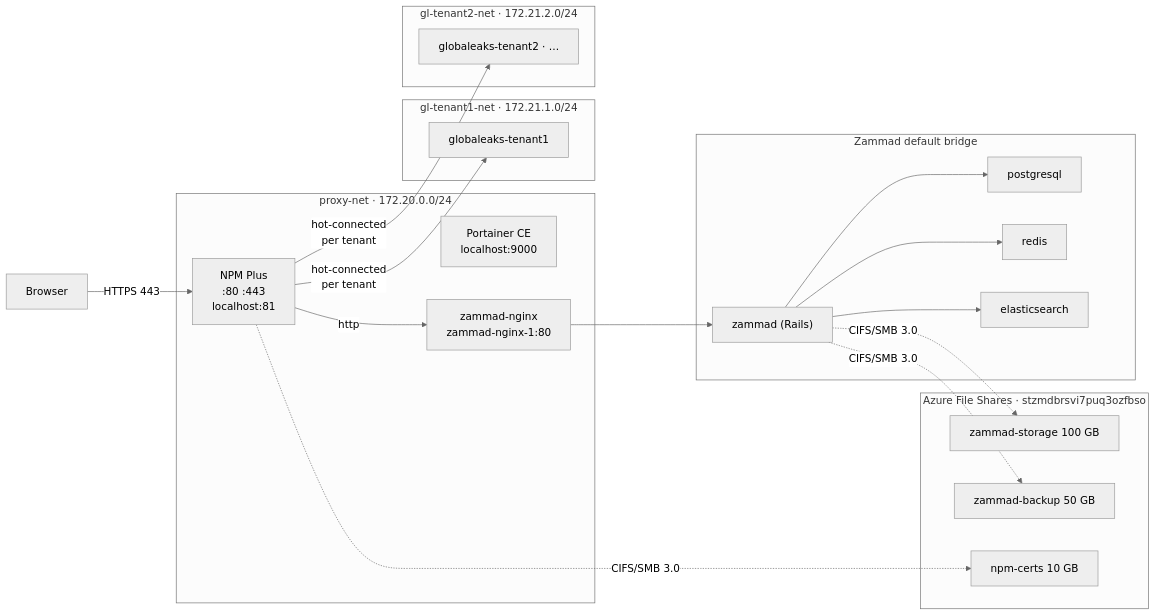
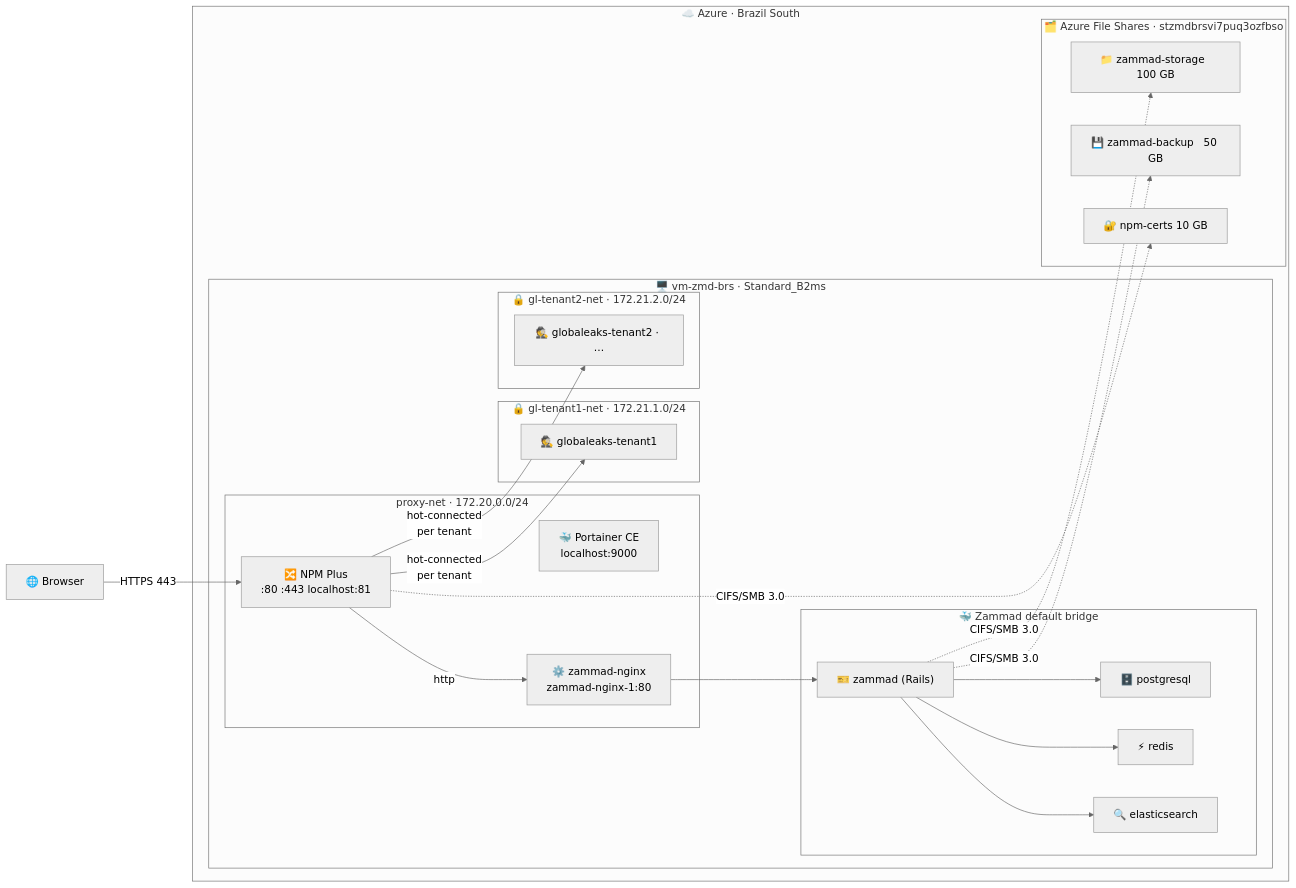
Before and after one commit to patobytes/zammad-nli: the diagram in README.md, drawn with Mermaid (neutral theme).

Commit message:
feat: enhance architecture diagram in README with Azure and service icons

````diff
--- a/README.md
+++ b/README.md
@@ -13,38 +13,43 @@
 ```mermaid
 graph LR
-    Browser -->|"HTTPS 443"| NPM
+    Browser["🌐 Browser"]
 
-    subgraph proxy-net["proxy-net · 172.20.0.0/24"]
-        NPM["NPM Plus\n:80 :443\nlocalhost:81"]
-        Portainer["Portainer CE\nlocalhost:9000"]
-        ZNginx["zammad-nginx\nzammad-nginx-1:80"]
+    subgraph azure["☁️ Azure · Brazil South"]
+        subgraph vm["🖥️ vm-zmd-brs · Standard_B2ms"]
+            subgraph proxy-net["proxy-net · 172.20.0.0/24"]
+                NPM["🔀 NPM Plus\n:80 :443  localhost:81"]
+                Portainer["🐳 Portainer CE\nlocalhost:9000"]
+                ZNginx["⚙️ zammad-nginx\nzammad-nginx-1:80"]
+            end
+
+            subgraph gl1["🔒 gl-tenant1-net · 172.21.1.0/24"]
+                GL1["🕵️ globaleaks-tenant1"]
+            end
+
+            subgraph gl2["🔒 gl-tenant2-net · 172.21.2.0/24"]
+                GL2["🕵️ globaleaks-tenant2 · …"]
+            end
+
+            subgraph zstack["🐳 Zammad default bridge"]
+                ZApp["🎫 zammad (Rails)"]
+                PG["🗄️ postgresql"]
+                Redis["⚡ redis"]
+                ES["🔍 elasticsearch"]
+            end
+        end
+
+        subgraph afs["🗂️ Azure File Shares · stzmdbrsvi7puq3ozfbso"]
+            FS1["📁 zammad-storage  100 GB"]
+            FS2["💾 zammad-backup   50 GB"]
+            FS3["🔐 npm-certs       10 GB"]
+        end
     end
 
-    subgraph gl1["gl-tenant1-net · 172.21.1.0/24"]
-        GL1["globaleaks-tenant1"]
-    end
-
-    subgraph gl2["gl-tenant2-net · 172.21.2.0/24"]
-        GL2["globaleaks-tenant2 · …"]
-    end
-
-    subgraph zstack["Zammad default bridge"]
-        ZApp["zammad (Rails)"]
-        PG["postgresql"]
-        Redis["redis"]
-        ES["elasticsearch"]
-    end
-
-    subgraph afs["Azure File Shares · stzmdbrsvi7puq3ozfbso"]
-        FS1["zammad-storage  100 GB"]
-        FS2["zammad-backup   50 GB"]
-        FS3["npm-certs       10 GB"]
-    end
-
+    Browser -->|"HTTPS 443"| NPM
     NPM -->|http| ZNginx
     NPM -->|"hot-connected\nper tenant"| GL1 & GL2
     ZNginx --> ZApp
     ZApp --> PG & Redis & ES
     ZApp -. "CIFS/SMB 3.0" .-> FS1 & FS2
     NPM -. "CIFS/SMB 3.0" .-> FS3
 ```
````
